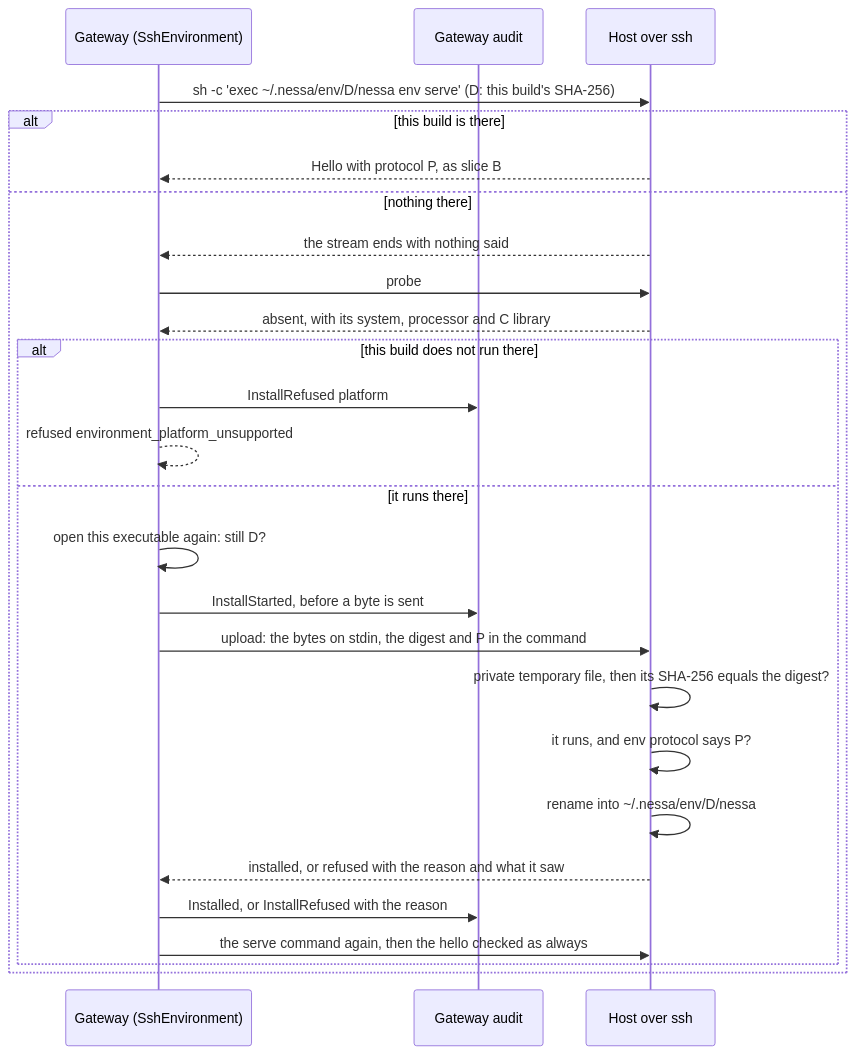
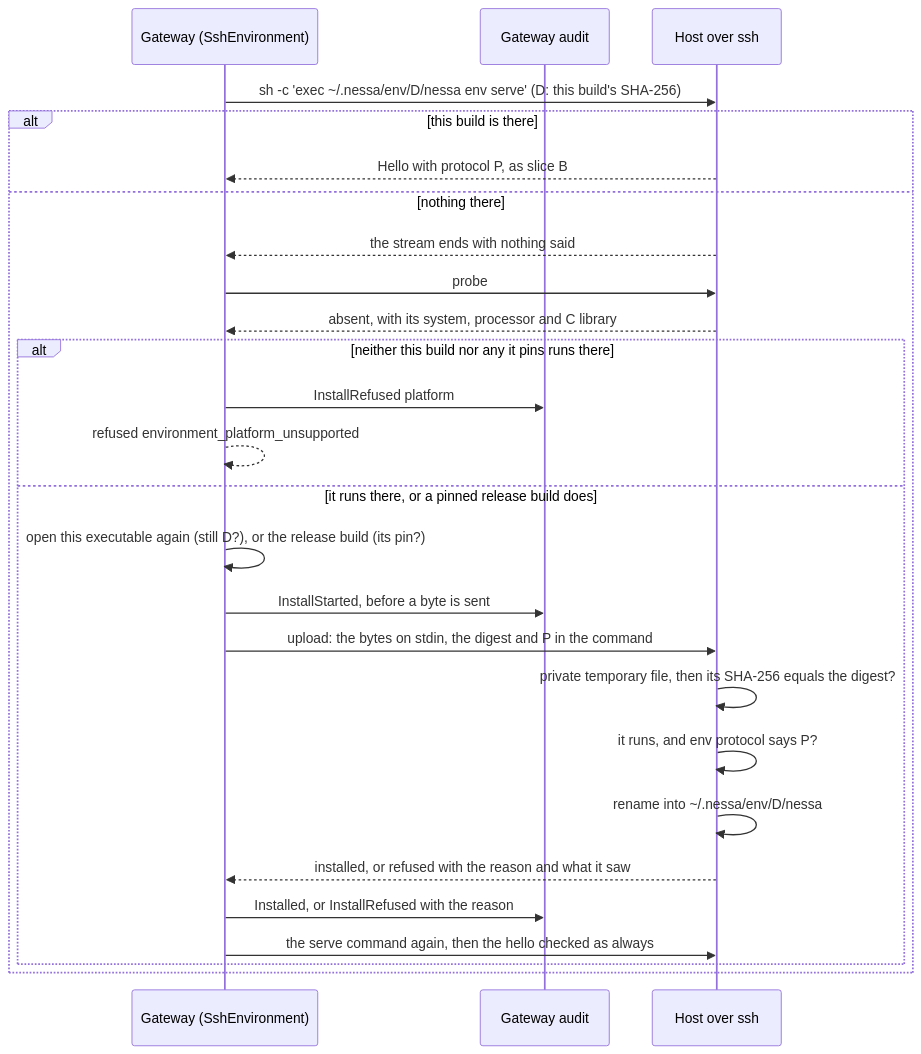
One commit to nessalabs/nessa-agent changed the fifth of 10 diagrams in docs/design/runtime-architecture.md. Above: the diagram before and after it, drawn with Mermaid. The commit also changed other lines of this file and 22 other files, not shown here.

First line of the commit message:
Install a release's build for another platform on an SSH host (#1044)

````diff
--- a/docs/design/runtime-architecture.md
+++ b/docs/design/runtime-architecture.md
@@ -719,28 +721,28 @@
 ```mermaid
 sequenceDiagram
     participant G as Gateway (SshEnvironment)
     participant A as Gateway audit
     participant H as Host over ssh
     G->>H: sh -c 'exec ~/.nessa/env/D/nessa env serve' (D: this build's SHA-256)
     alt this build is there
         H-->>G: Hello with protocol P, as slice B
     else nothing there
         H-->>G: the stream ends with nothing said
         G->>H: probe
         H-->>G: absent, with its system, processor and C library
-        alt this build does not run there
+        alt neither this build nor any it pins runs there
             G->>A: InstallRefused platform
             G-->>G: refused environment_platform_unsupported
-        else it runs there
-            G->>G: open this executable again: still D?
+        else it runs there, or a pinned release build does
+            G->>G: open this executable again (still D?), or the release build (its pin?)
             G->>A: InstallStarted, before a byte is sent
             G->>H: upload: the bytes on stdin, the digest and P in the command
             H->>H: private temporary file, then its SHA-256 equals the digest?
             H->>H: it runs, and env protocol says P?
             H->>H: rename into ~/.nessa/env/D/nessa
             H-->>G: installed, or refused with the reason and what it saw
             G->>A: Installed, or InstallRefused with the reason
             G->>H: the serve command again, then the hello checked as always
         end
     end
 ```
````
